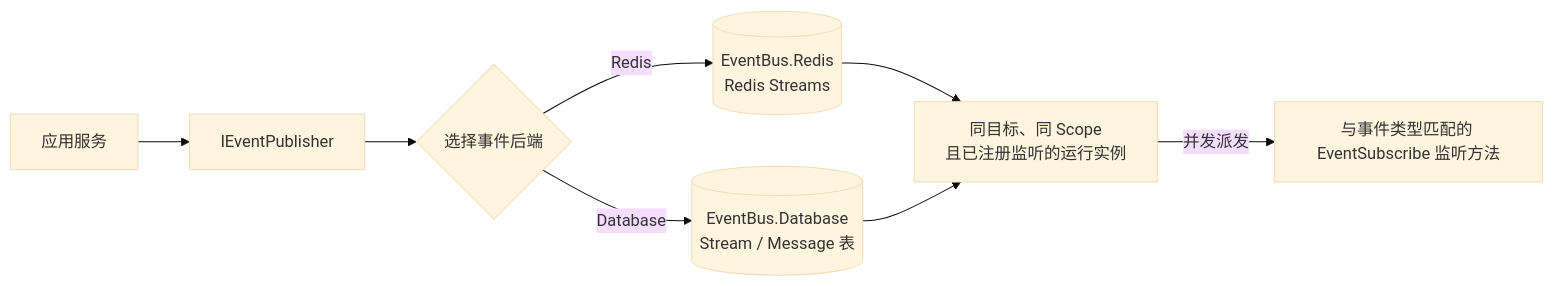
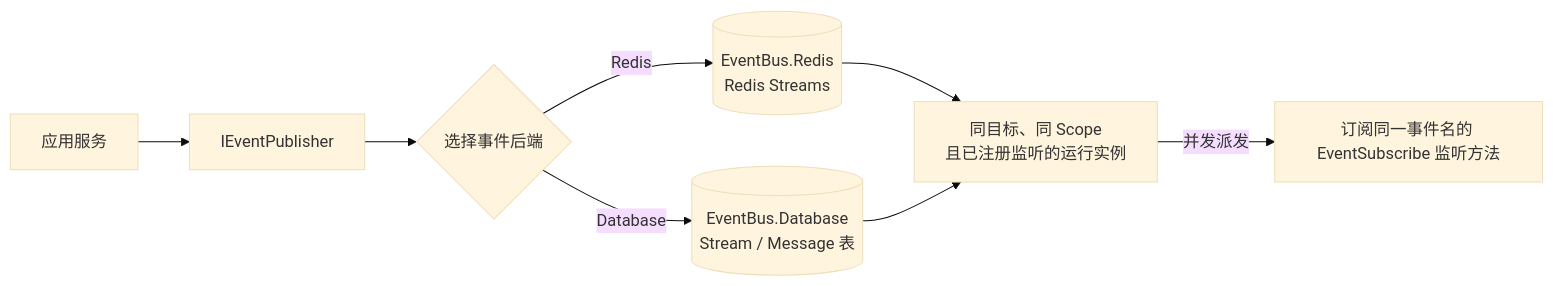
Before and after one commit to dashiell-zhang/NetEngine: the ninth of 12 diagrams in Docs/ArchitectureDiagrams.md, drawn with Mermaid (base theme). The commit also changed other lines of this file and 13 other files, not shown here.

````diff
--- a/Docs/ArchitectureDiagrams.md
+++ b/Docs/ArchitectureDiagrams.md
@@ -248,10 +247,10 @@
 ```mermaid
 flowchart LR
     App["应用服务"] --> Publisher["IEventPublisher"]
     Publisher --> Backend{"选择事件后端"}
     Backend -->|Redis| Redis[("EventBus.Redis<br/>Redis Streams")]
     Backend -->|Database| Database[("EventBus.Database<br/>Stream / Message 表")]
     Redis --> Instances["同目标、同 Scope<br/>且已注册监听的运行实例"]
     Database --> Instances
-    Instances -->|并发派发| Listeners["与事件类型匹配的 EventSubscribe 监听方法"]
+    Instances -->|并发派发| Listeners["订阅同一事件名的 EventSubscribe 监听方法"]
 ```
````
